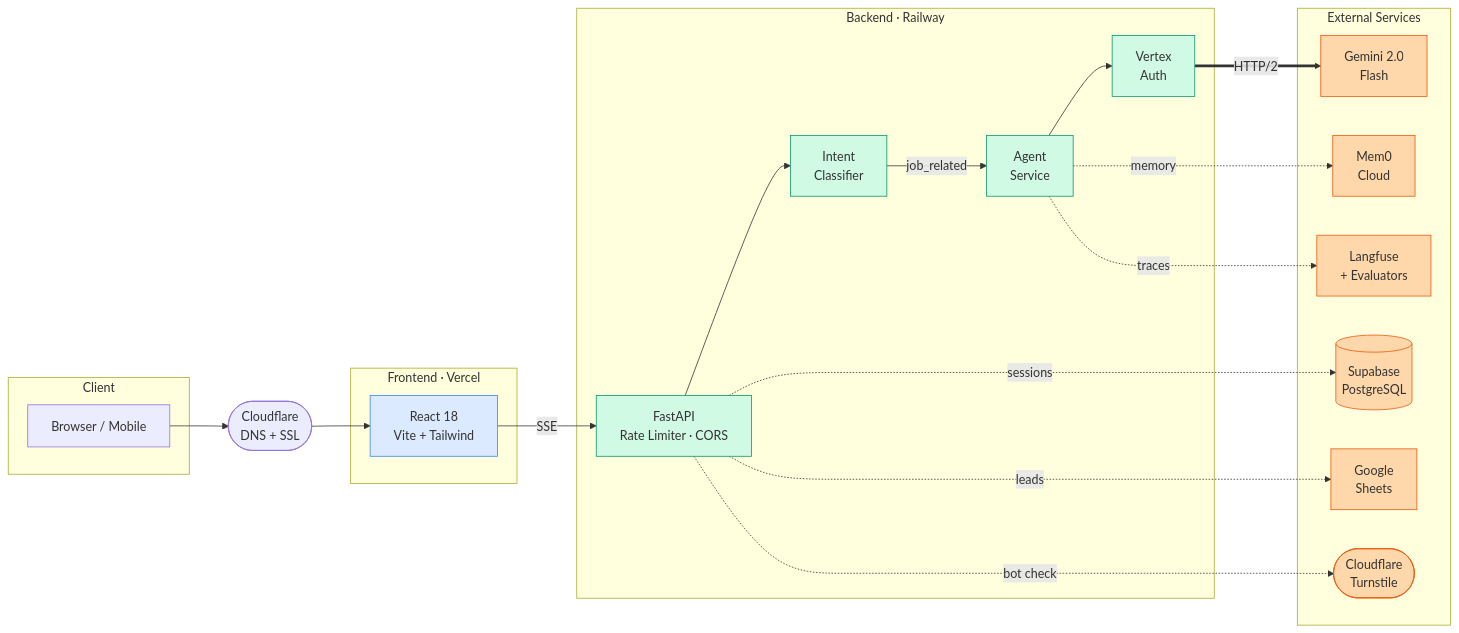
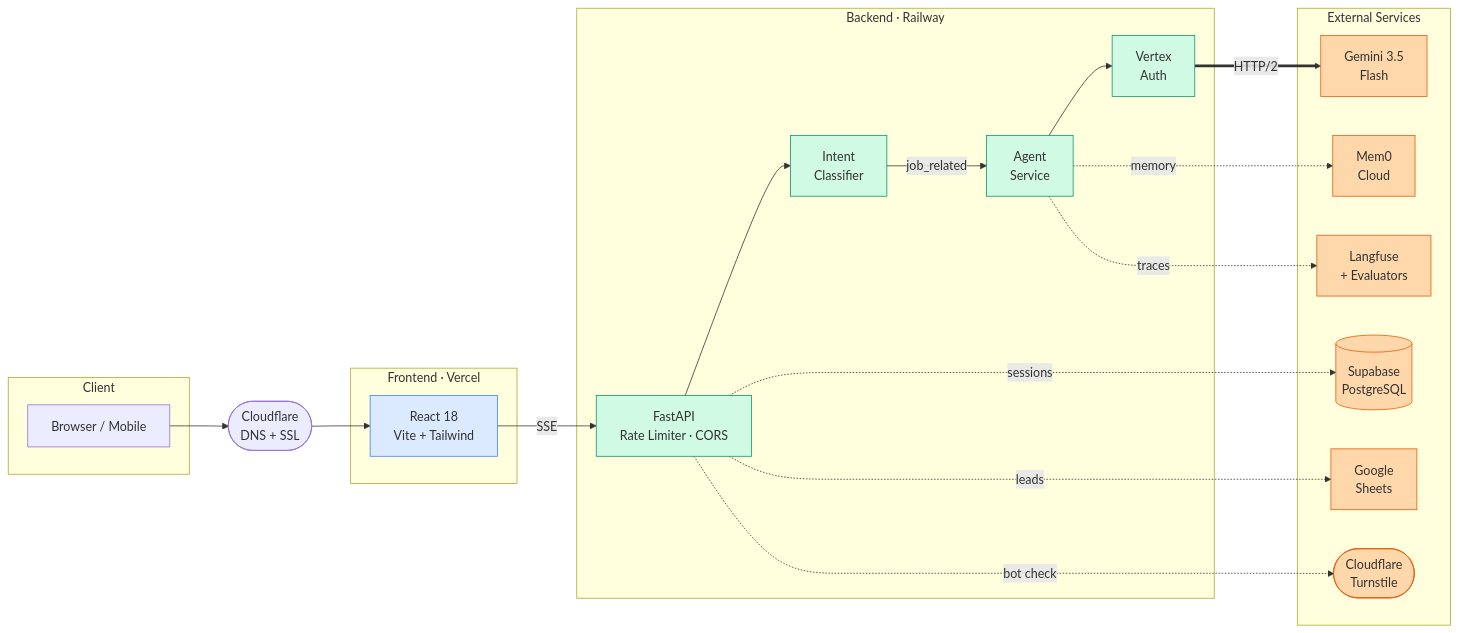
The first of 4 diagrams in README.md (Rayhanpatel/AI-Resume-Agent), drawn with Mermaid before and after one commit. The commit also changed other lines of this file and 16 other files, not shown here.

````diff
--- a/README.md
+++ b/README.md
@@ -102,46 +110,46 @@
 ```mermaid
 flowchart LR
     subgraph Client
         U["Browser / Mobile"]
     end
 
     CF(["Cloudflare<br/>DNS + SSL"])
 
     subgraph FE["Frontend · Vercel"]
         React["React 18<br/>Vite + Tailwind"]
     end
 
     subgraph BE["Backend · Railway"]
         API["FastAPI<br/>Rate Limiter · CORS"]
         IC["Intent<br/>Classifier"]
         Agent["Agent<br/>Service"]
         VA["Vertex<br/>Auth"]
     end
 
     subgraph Ext["External Services"]
-        Gemini["Gemini 2.0<br/>Flash"]
+        Gemini["Gemini 3.5<br/>Flash"]
         Mem0["Mem0<br/>Cloud"]
         LF["Langfuse<br/>+ Evaluators"]
         Supa[("Supabase<br/>PostgreSQL")]
         Sheets["Google<br/>Sheets"]
         Turn(["Cloudflare<br/>Turnstile"])
     end
 
     U --> CF --> React
     React -->|"SSE"| API
     API --> IC -->|"job_related"| Agent --> VA
     VA ==>|"HTTP/2"| Gemini
     Agent -.->|"memory"| Mem0
     Agent -.->|"traces"| LF
     API -.->|"sessions"| Supa
     API -.->|"leads"| Sheets
     API -.->|"bot check"| Turn
 
     classDef ext fill:#fed7aa,stroke:#ea580c
     classDef be fill:#d1fae5,stroke:#059669
     classDef fe fill:#dbeafe,stroke:#3b82f6
 
     class Gemini,Mem0,LF,Supa,Sheets,Turn ext
     class API,IC,Agent,VA be
     class React fe
 ```
````
